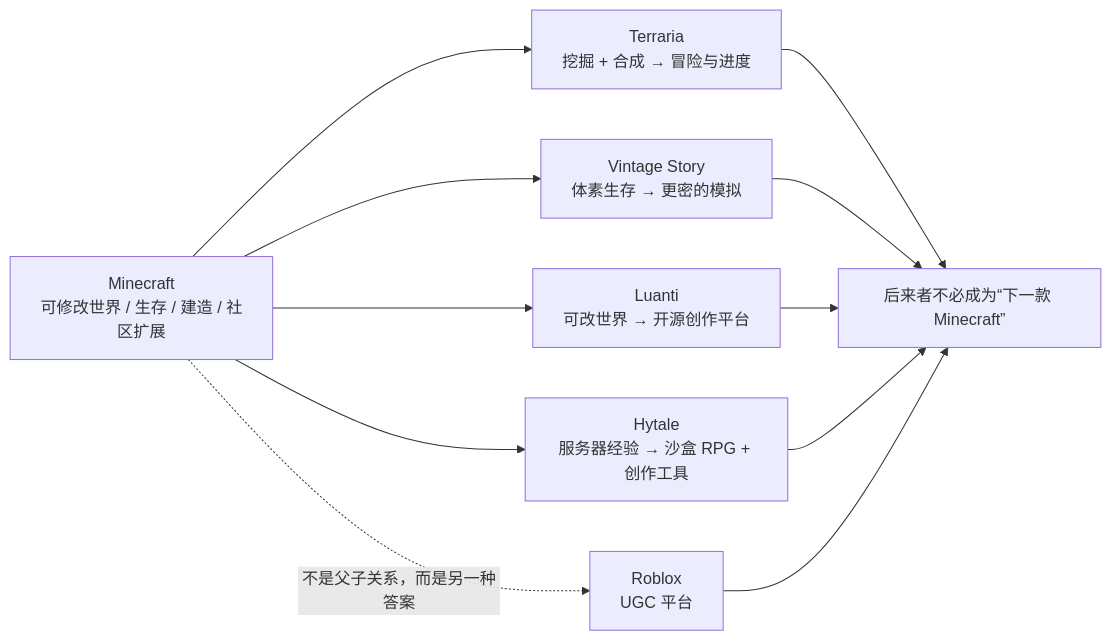
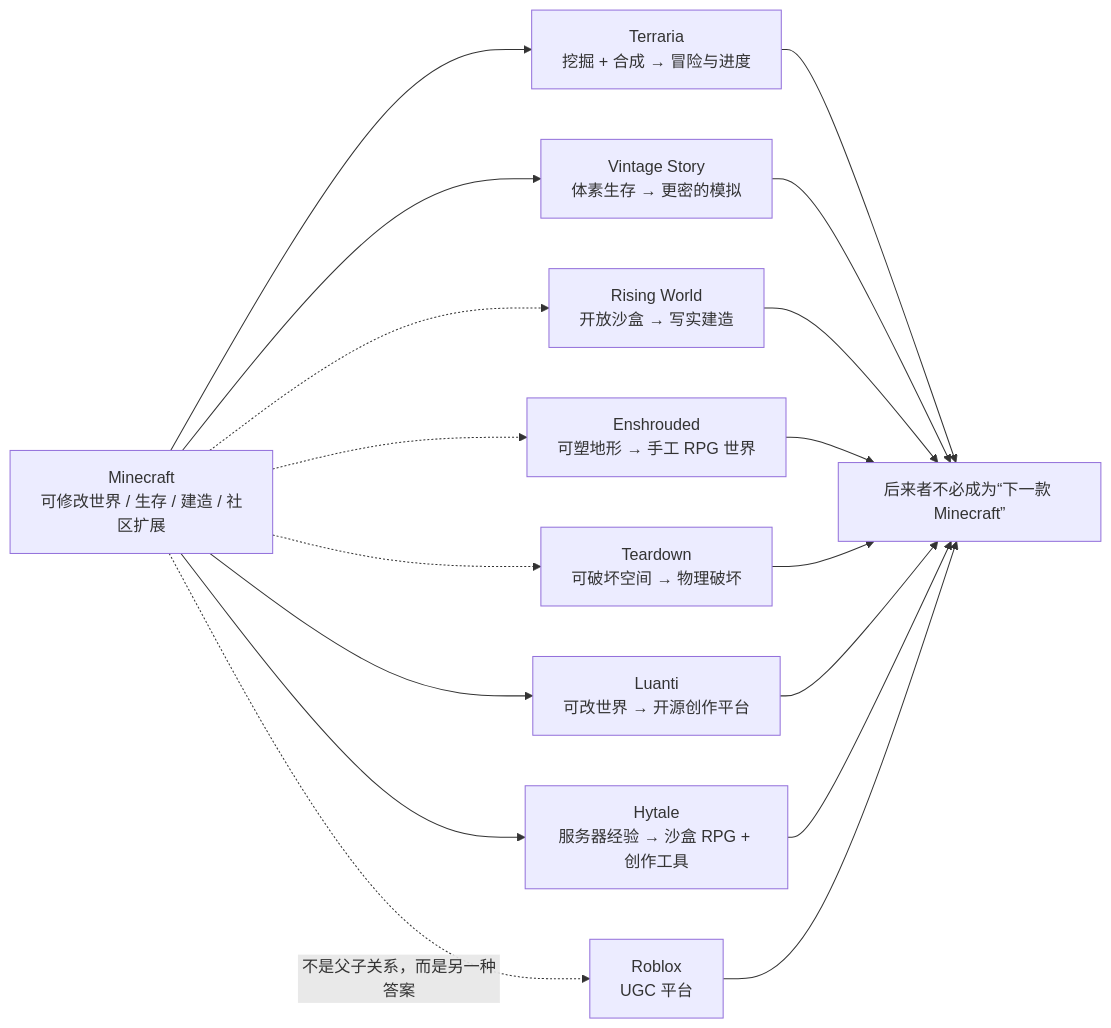
One commit to Dreamtowards/Thinking-In-Minecraft changed the diagram in docs/history/(part4)/competition.mdx. Above: the diagram before and after it, drawn with Mermaid. The commit also changed other lines of this file and 1 other file, not shown here.

````diff
--- a/docs/history/(part4)/competition.mdx
+++ b/docs/history/(part4)/competition.mdx
@@ -33,18 +34,24 @@
 ```mermaid
 flowchart LR
   MC["Minecraft<br/>可修改世界 / 生存 / 建造 / 社区扩展"]
 
   MC --> TE["Terraria<br/>挖掘 + 合成 → 冒险与进度"]
   MC --> VS["Vintage Story<br/>体素生存 → 更密的模拟"]
+  MC -.-> RW["Rising World<br/>开放沙盒 → 写实建造"]
+  MC -.-> EN["Enshrouded<br/>可塑地形 → 手工 RPG 世界"]
+  MC -.-> TD["Teardown<br/>可破坏空间 → 物理破坏"]
   MC --> LU["Luanti<br/>可改世界 → 开源创作平台"]
   MC --> HY["Hytale<br/>服务器经验 → 沙盒 RPG + 创作工具"]
 
   RB["Roblox<br/>UGC 平台"]
   MC -. "不是父子关系，而是另一种答案" .-> RB
 
   TE --> Q["后来者不必成为“下一款 Minecraft”"]
   VS --> Q
+  RW --> Q
+  EN --> Q
+  TD --> Q
   LU --> Q
   HY --> Q
   RB --> Q
 ```
````
